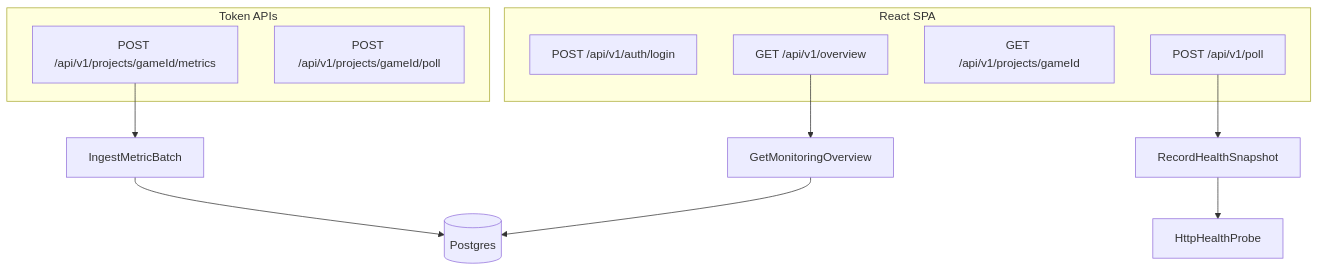
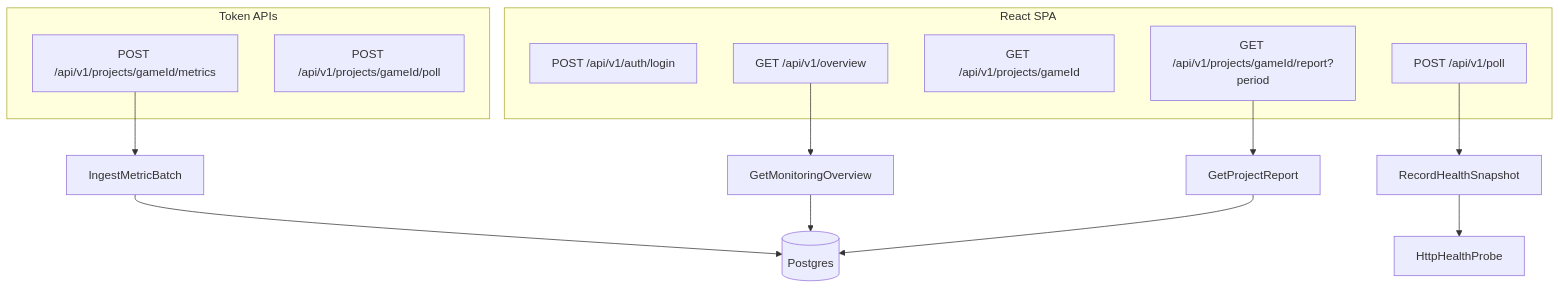
One commit to AndrijaExe/ProjectMonitoring changed the diagram in ARCHITECTURE.md. Above: the diagram before and after it, drawn with Mermaid. The commit also changed other lines of this file and 17 other files, not shown here.

First line of the commit message:
feat: period report — every counter by day, week or month, and an Overview tab that reads it

````diff
--- a/ARCHITECTURE.md
+++ b/ARCHITECTURE.md
@@ -42,19 +42,22 @@
 ```mermaid
 flowchart TB
   subgraph spa [React SPA]
     Login["POST /api/v1/auth/login"]
     Board["GET /api/v1/overview"]
     Detail["GET /api/v1/projects/gameId"]
+    Report["GET /api/v1/projects/gameId/report?period"]
     Poll["POST /api/v1/poll"]
   end
   subgraph api [Token APIs]
     I["POST /api/v1/projects/gameId/metrics"]
     O["POST /api/v1/projects/gameId/poll"]
   end
+  Report --> ReportUC[GetProjectReport]
+  ReportUC --> Store
   Board --> Overview[GetMonitoringOverview]
   I --> Ingest[IngestMetricBatch]
   Poll --> Snapshot[RecordHealthSnapshot]
   Snapshot --> Probe[HttpHealthProbe]
   Overview --> Store[(Postgres)]
   Ingest --> Store
 ```
````
